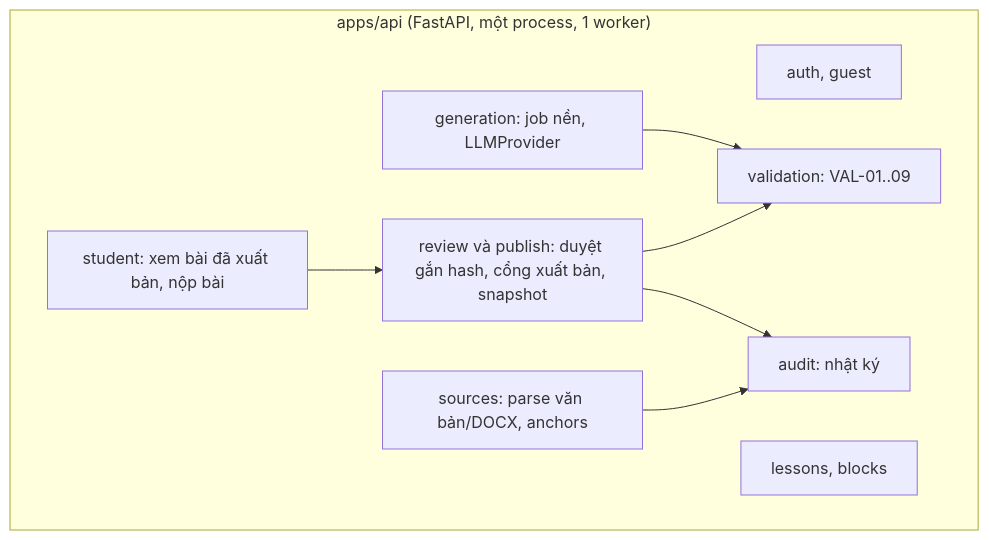
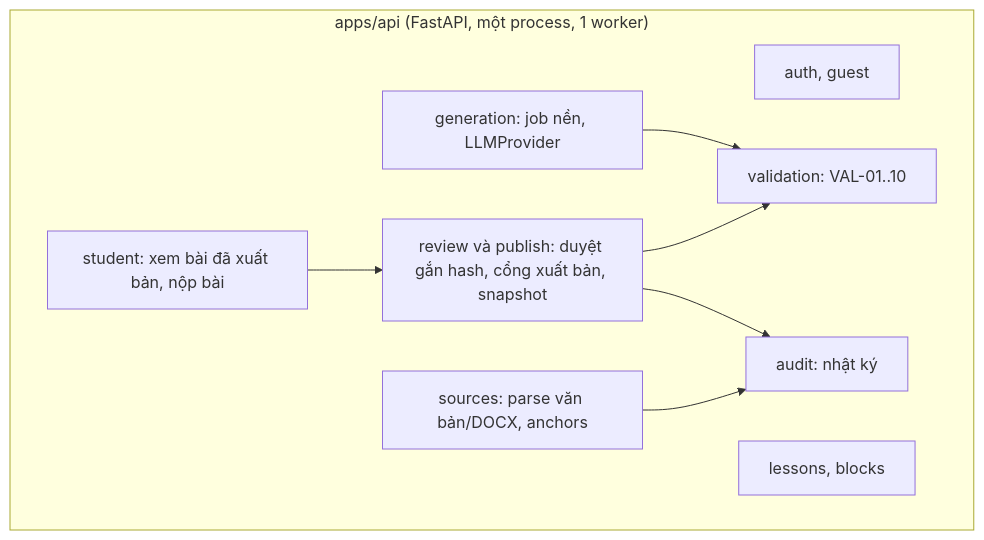
The fourth of 7 diagrams in docs/Proposal.md (preclass-ai/PreClassAI), drawn with Mermaid before and after one commit. The commit also changed other lines of this file and 21 other files, not shown here.

````diff
--- a/docs/Proposal.md
+++ b/docs/Proposal.md
@@ -248,18 +249,18 @@
 ```mermaid
 flowchart TB
     subgraph api["apps/api (FastAPI, một process, 1 worker)"]
       AUTH[auth, guest]
       SRC[sources: parse văn bản/DOCX, anchors]
       LES[lessons, blocks]
       GEN[generation: job nền, LLMProvider]
-      VAL[validation: VAL-01..09]
+      VAL[validation: VAL-01..10]
       REV[review và publish: duyệt gắn hash, cổng xuất bản, snapshot]
       STU[student: xem bài đã xuất bản, nộp bài]
       AUD[audit: nhật ký]
     end
     GEN --> VAL
     REV --> VAL
     STU --> REV
     SRC --> AUD
     REV --> AUD
 ```
````
